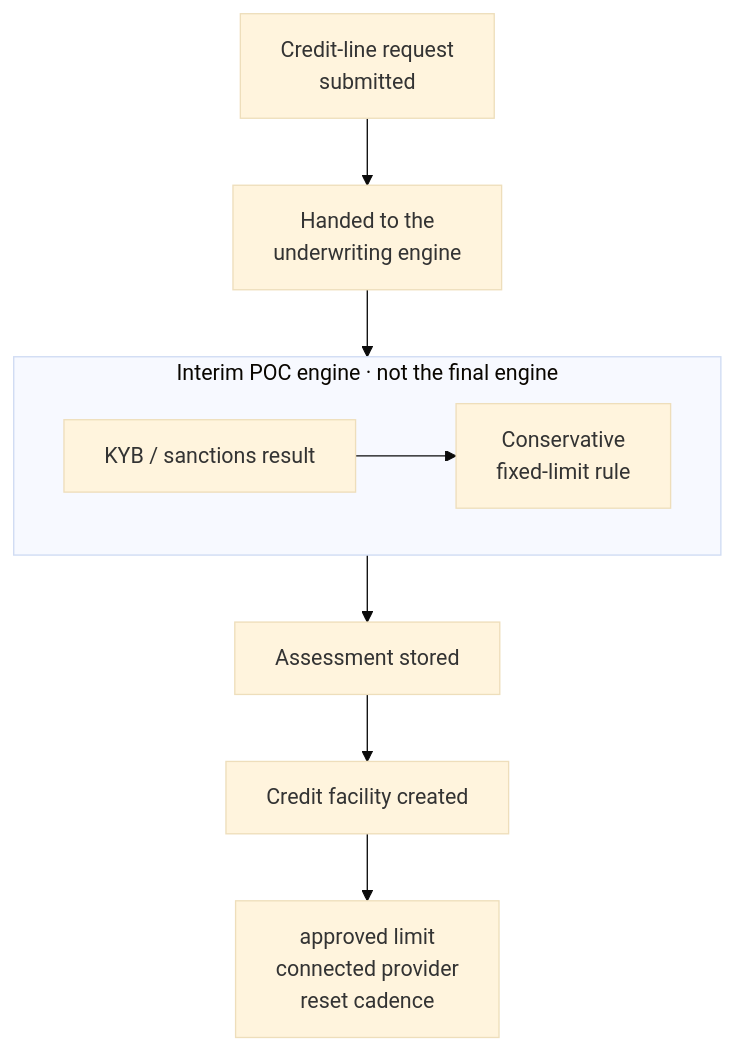
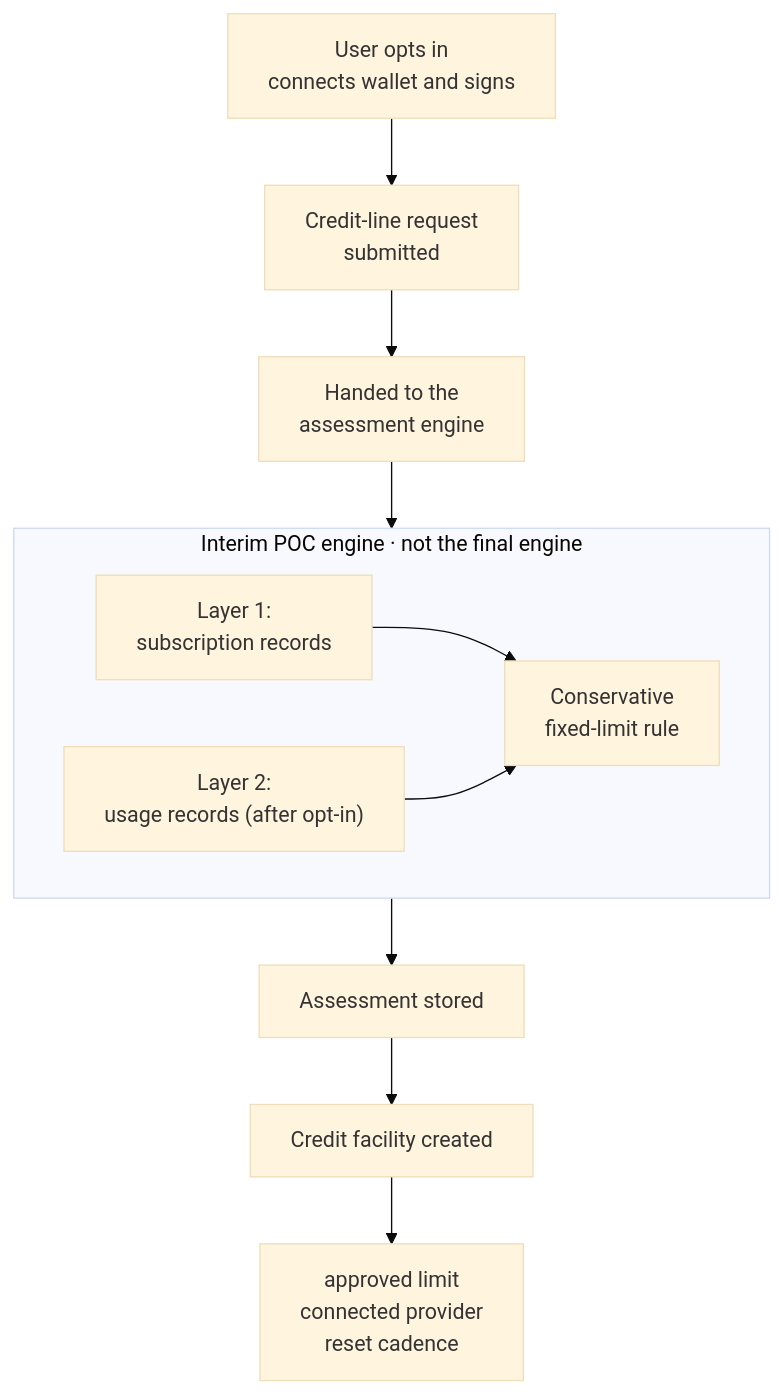
Before and after one commit to Samisha68/Float_website: the third of 4 diagrams in src/docs/content/proof-of-concept.mdx, drawn with Mermaid (base theme). The commit also changed other lines of this file and 7 other files, not shown here.

````diff
--- a/src/docs/content/proof-of-concept.mdx
+++ b/src/docs/content/proof-of-concept.mdx
@@ -102,12 +89,14 @@
 ```mermaid
 flowchart TB
-  A["Credit-line request<br/>submitted"] --> B["Handed to the<br/>underwriting engine"]
+  O["User opts in<br/>connects wallet and signs"] --> A["Credit-line request<br/>submitted"]
+  A --> B["Handed to the<br/>assessment engine"]
   subgraph POC["Interim POC engine · not the final engine"]
     direction LR
-    K["KYB / sanctions result"] --> R["Conservative<br/>fixed-limit rule"]
+    L1["Layer 1:<br/>subscription records"] --> R["Conservative<br/>fixed-limit rule"]
+    L2["Layer 2:<br/>usage records (after opt-in)"] --> R
   end
   B --> POC
   POC --> S["Assessment stored"]
   S --> C["Credit facility created"]
   C --> F["approved limit<br/>connected provider<br/>reset cadence"]
 ```
````
